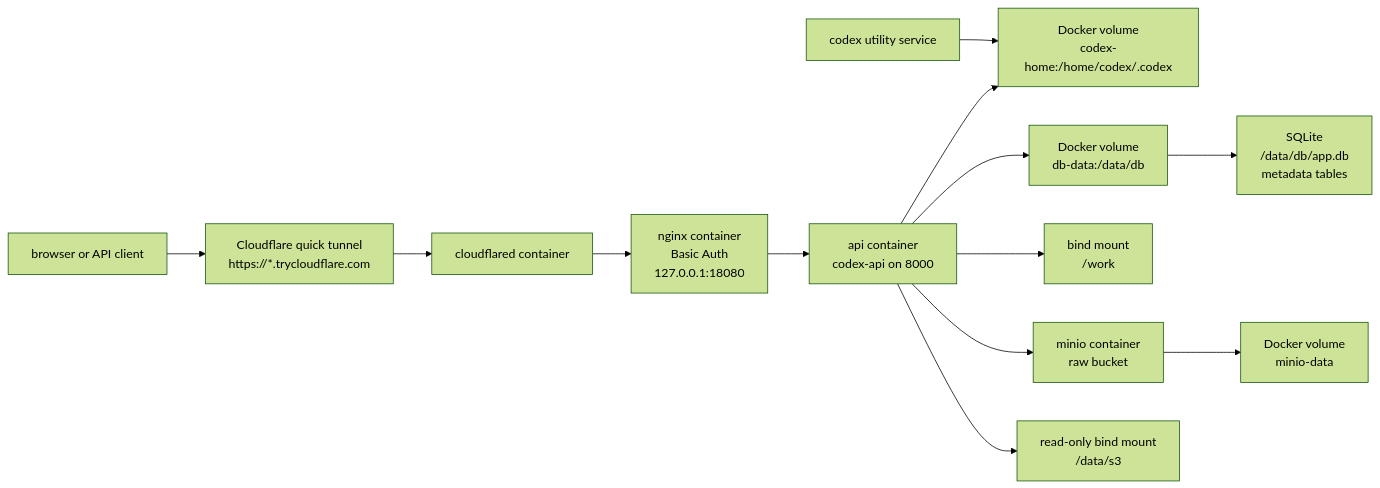
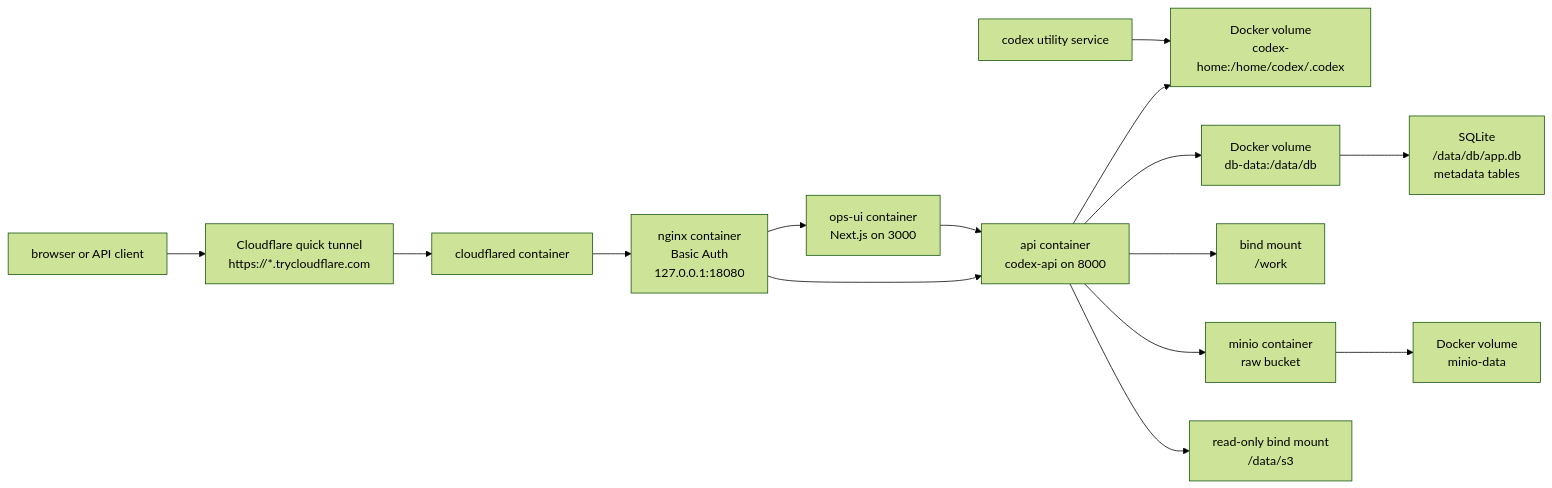
Before and after one commit to Mabaragi/codex-youtube-pipeline: the fourth of 5 diagrams in docs/CICD.md, drawn with Mermaid (forest theme). The commit also changed other lines of this file and 80 other files, not shown here.

````diff
--- a/docs/CICD.md
+++ b/docs/CICD.md
@@ -137,16 +141,18 @@
 ```mermaid
 flowchart LR
     Client["browser or API client"] --> Tunnel["Cloudflare quick tunnel<br/>https://*.trycloudflare.com"]
     Tunnel --> Cloudflared["cloudflared container"]
     Cloudflared --> Nginx["nginx container<br/>Basic Auth<br/>127.0.0.1:18080"]
     Nginx --> API["api container<br/>codex-api on 8000"]
+    Nginx --> OpsUI["ops-ui container<br/>Next.js on 3000"]
+    OpsUI --> API
 
     API --> CodexVolume["Docker volume<br/>codex-home:/home/codex/.codex"]
     CodexTool["codex utility service"] --> CodexVolume
     API --> DbVolume["Docker volume<br/>db-data:/data/db"]
     DbVolume --> SQLite["SQLite<br/>/data/db/app.db<br/>metadata tables"]
     API --> WorkBind["bind mount<br/>/work"]
     API --> MinIO["minio container<br/>raw bucket"]
     MinIO --> MinioVolume["Docker volume<br/>minio-data"]
     API --> S3Bind["read-only bind mount<br/>/data/s3"]
 ```
````
